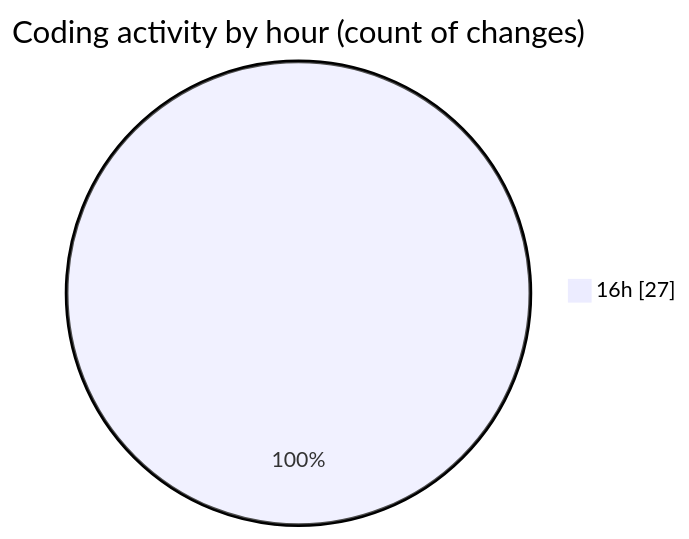
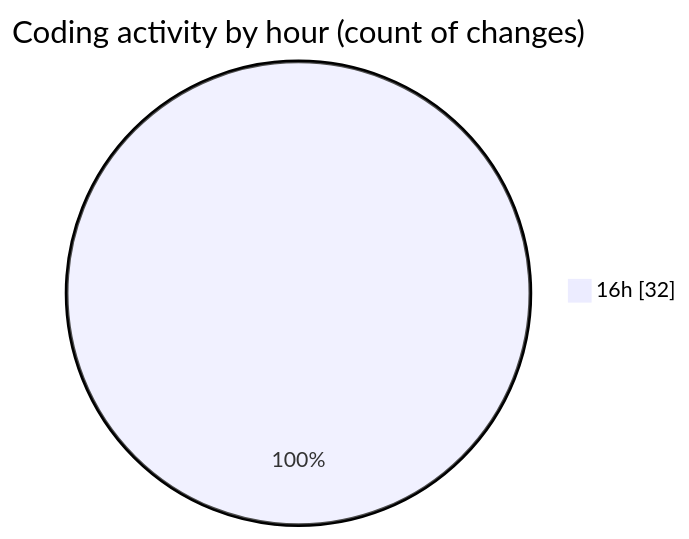
The second of 2 diagrams in 2025-03-11/mbc-web/README.md (robertbonfada/code-tracking), drawn with Mermaid before and after one commit. The commit also changed other lines of this file and 1 other file, not shown here.

````diff
--- a/2025-03-11/mbc-web/README.md
+++ b/2025-03-11/mbc-web/README.md
@@ -31,5 +32,5 @@
 ```mermaid
 pie showData
 title Coding activity by hour (count of changes)
-"16h" : 27
+"16h" : 32
 ```
````
